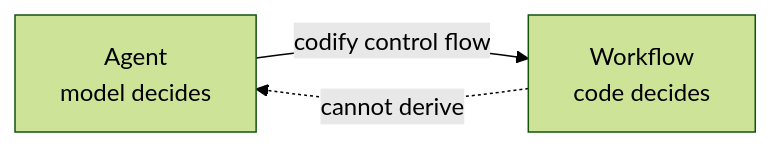
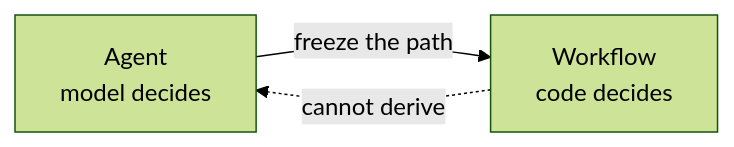
One commit to averagejoeslab/agenteng changed the seventh of 7 diagrams in agentic-engineering/part-00/modules/00-what-is-agentic-engineering/README.md. Above: the diagram before and after it, drawn with Mermaid (forest theme). The commit also changed other lines of this file, not shown here.

````diff
--- a/agentic-engineering/part-00/modules/00-what-is-agentic-engineering/README.md
+++ b/agentic-engineering/part-00/modules/00-what-is-agentic-engineering/README.md
@@ -107,5 +107,5 @@
 ```mermaid
 flowchart LR
-    A[Agent<br/>model decides] -->|codify control flow| W[Workflow<br/>code decides]
+    A[Agent<br/>model decides] -->|freeze the path| W[Workflow<br/>code decides]
     W -.cannot derive.-> A
 ```
````
